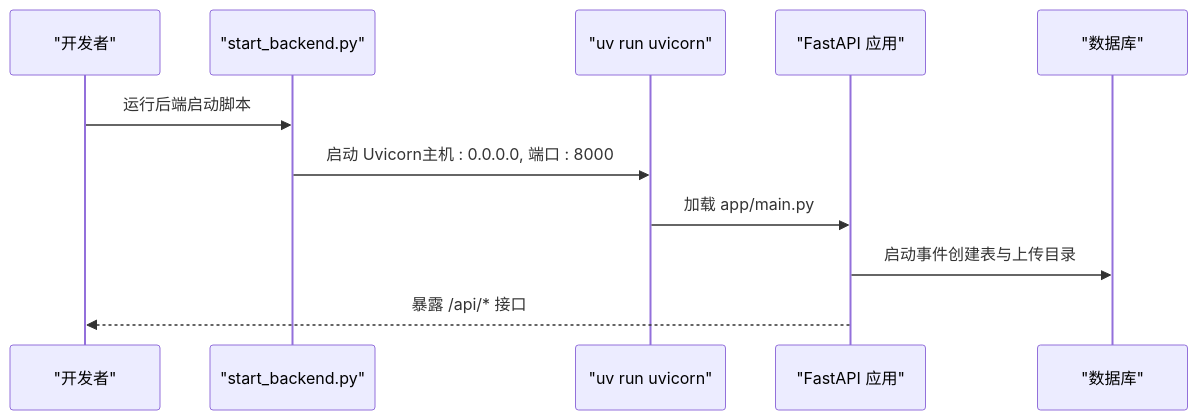
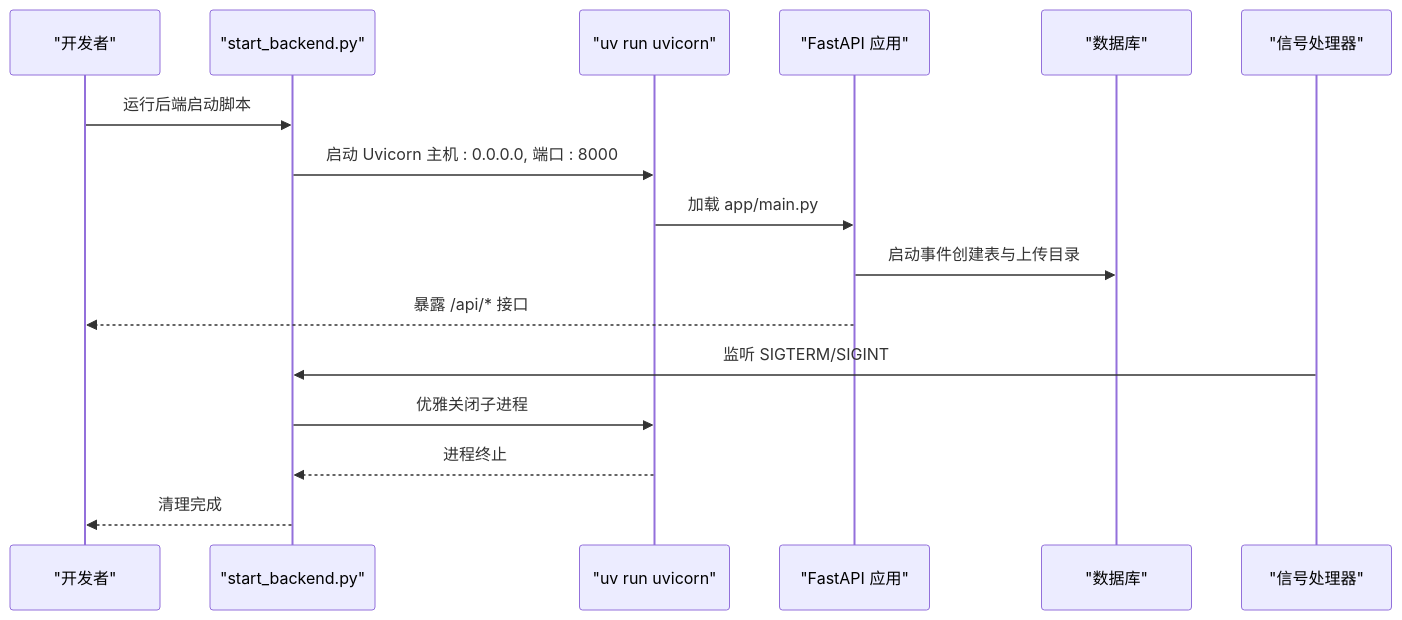
The fourth of 9 diagrams in .qoder/repowiki/zh/content/快速开始.md (zhiwenli-jack/personal-learning-manager), drawn with Mermaid before and after one commit. The commit also changed other lines of this file and 12 other files, not shown here.

````diff
--- a/.qoder/repowiki/zh/content/快速开始.md
+++ b/.qoder/repowiki/zh/content/快速开始.md
@@ -231,13 +250,18 @@
 ```mermaid
 sequenceDiagram
 participant Dev as "开发者"
 participant SB as "start_backend.py"
 participant UV as "uv run uvicorn"
 participant APP as "FastAPI 应用"
 participant DB as "数据库"
+participant SIG as "信号处理器"
 Dev->>SB : 运行后端启动脚本
-SB->>UV : 启动 Uvicorn主机 : 0.0.0.0, 端口 : 8000
+SB->>UV : 启动 Uvicorn 主机 : 0.0.0.0, 端口 : 8000
 UV->>APP : 加载 app/main.py
 APP->>DB : 启动事件创建表与上传目录
 APP-->>Dev : 暴露 /api/* 接口
+SIG->>SB : 监听 SIGTERM/SIGINT
+SB->>UV : 优雅关闭子进程
+UV-->>SB : 进程终止
+SB-->>Dev : 清理完成
 ```
````
